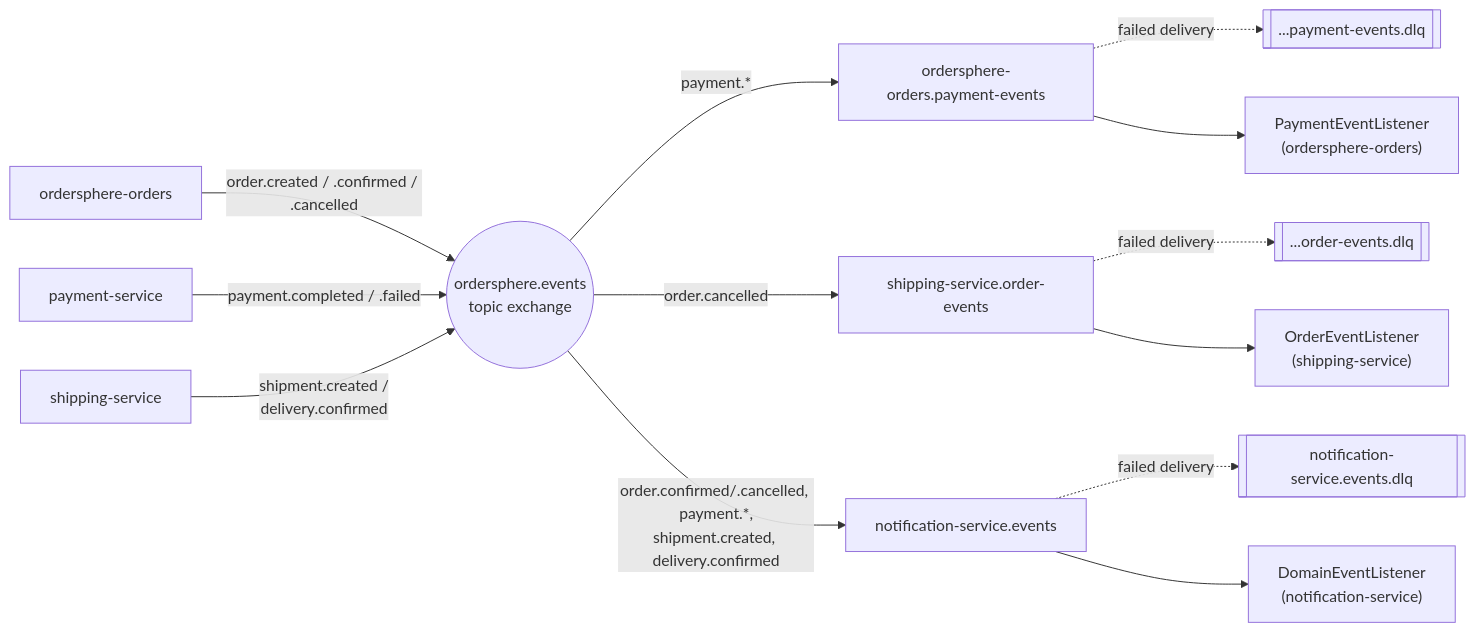
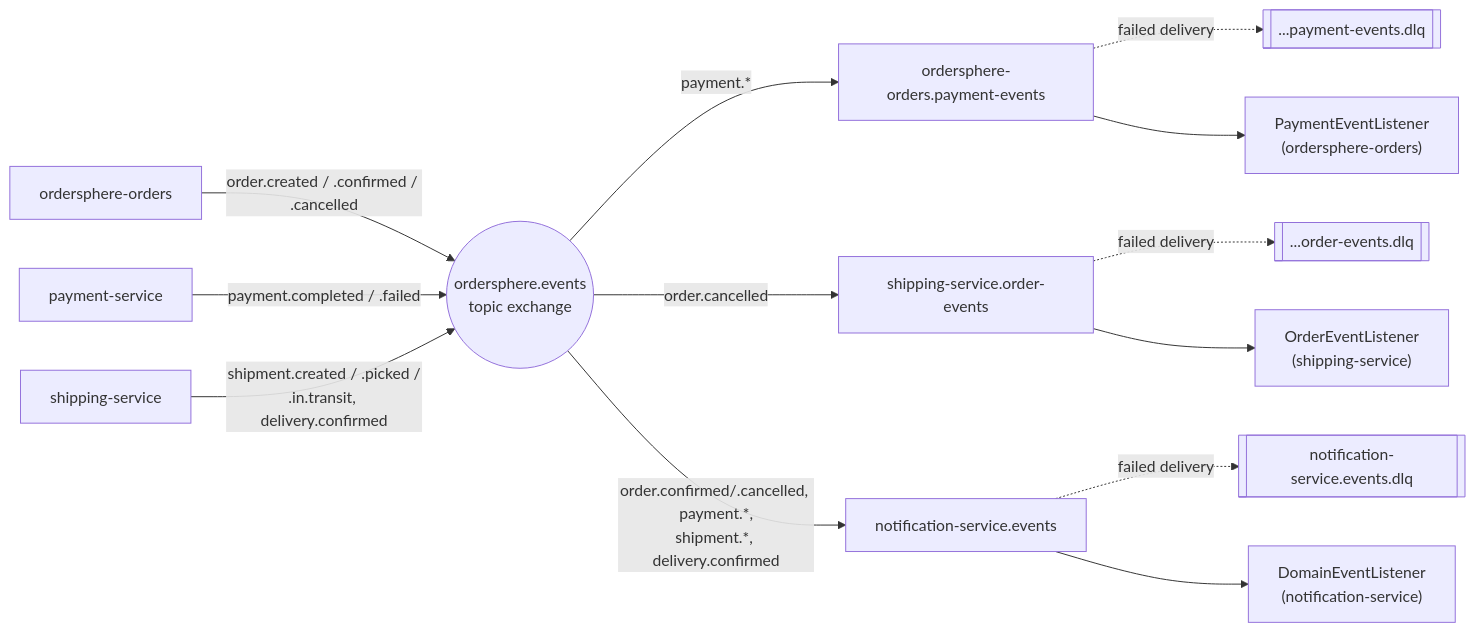
Before and after one commit to sankar1609/OrderSphere: the second of 2 diagrams in docs/technical-architecture.md, drawn with Mermaid. The commit also changed other lines of this file and 11 other files, not shown here.

First line of the commit message:
Wire up ShipmentPicked/InTransit notifications, fix Postman doc drift

````diff
--- a/docs/technical-architecture.md
+++ b/docs/technical-architecture.md
@@ -114,18 +114,18 @@
 ```mermaid
 flowchart LR
     ord["ordersphere-orders"] -- "order.created / .confirmed / .cancelled" --> ex(("ordersphere.events\ntopic exchange"))
     pay["payment-service"] -- "payment.completed / .failed" --> ex
-    ship["shipping-service"] -- "shipment.created /\ndelivery.confirmed" --> ex
+    ship["shipping-service"] -- "shipment.created / .picked /\n.in.transit, delivery.confirmed" --> ex
 
     ex -- "payment.*" --> q1["ordersphere-orders.payment-events"]
     ex -- "order.cancelled" --> q3["shipping-service.order-events"]
-    ex -- "order.confirmed/.cancelled, payment.*,\nshipment.created, delivery.confirmed" --> q2["notification-service.events"]
+    ex -- "order.confirmed/.cancelled, payment.*,\nshipment.*, delivery.confirmed" --> q2["notification-service.events"]
 
     q1 -. failed delivery .-> dlq1[["...payment-events.dlq"]]
     q2 -. failed delivery .-> dlq2[["notification-service.events.dlq"]]
     q3 -. failed delivery .-> dlq3[["...order-events.dlq"]]
 
     q1 --> l1["PaymentEventListener\n(ordersphere-orders)"]
     q2 --> l2["DomainEventListener\n(notification-service)"]
     q3 --> l3["OrderEventListener\n(shipping-service)"]
 ```
````
